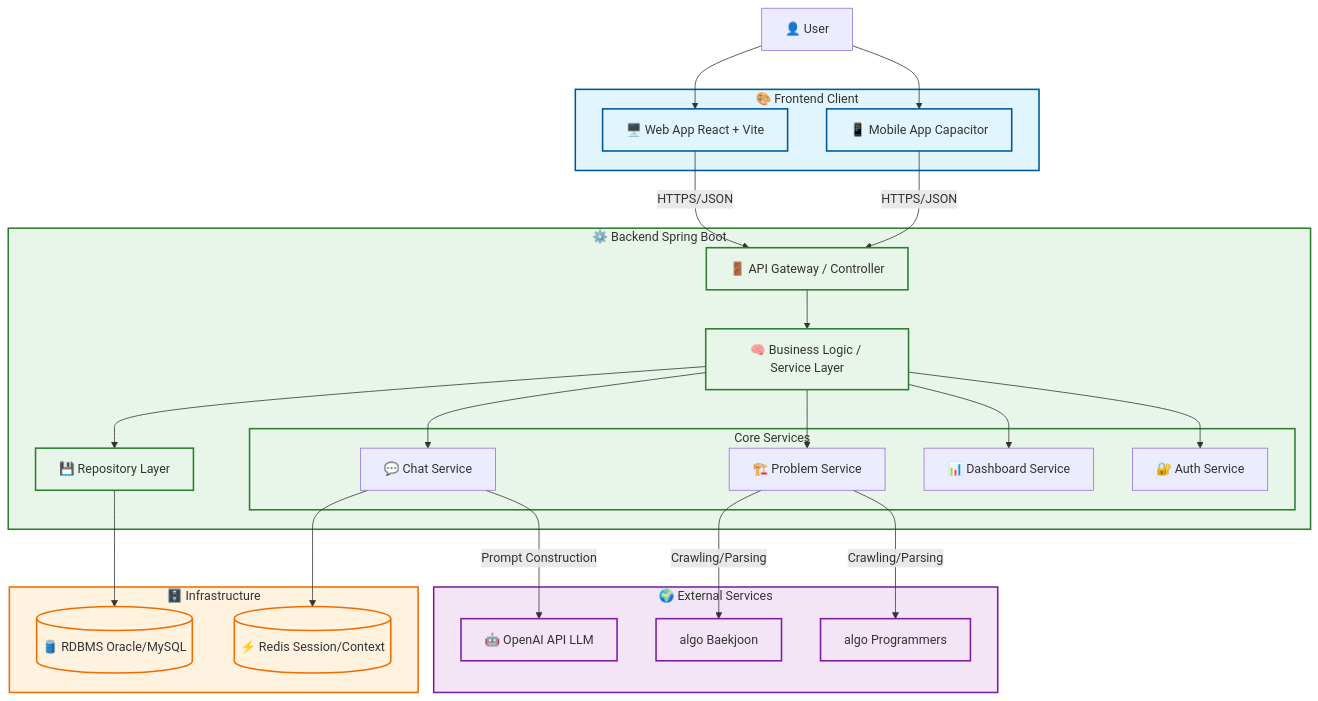
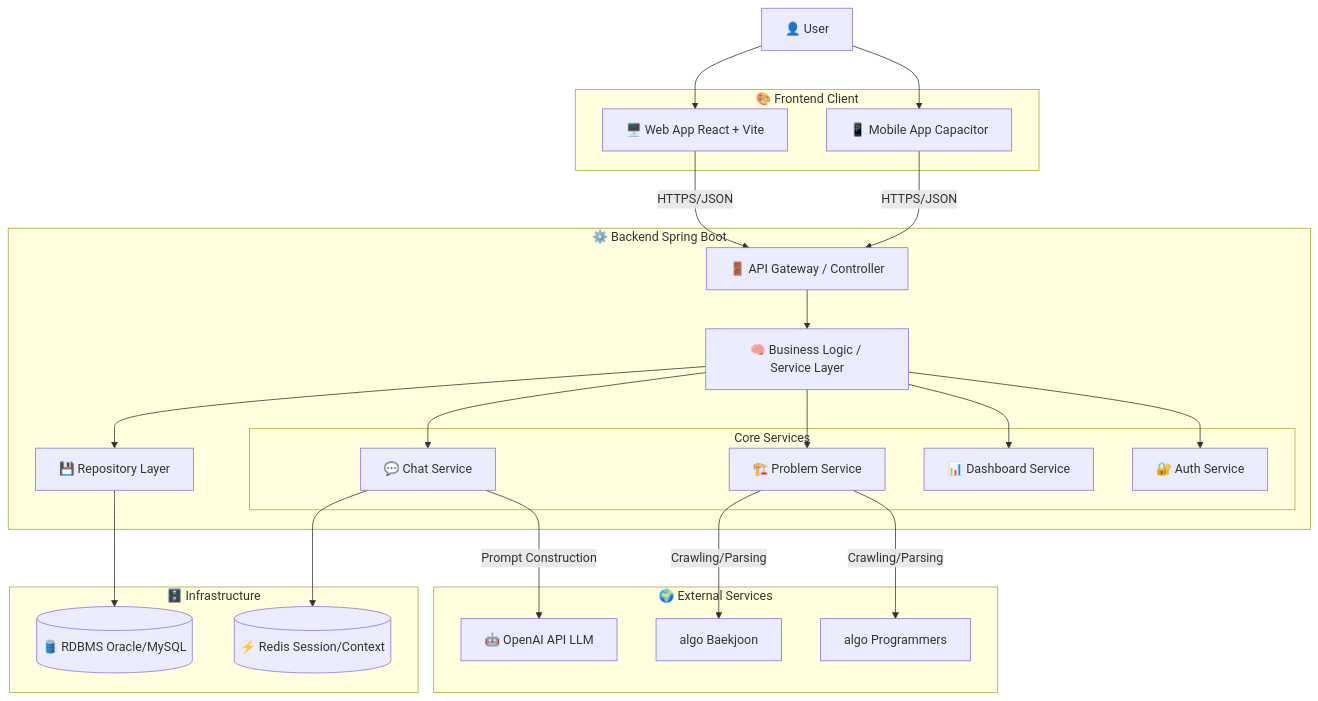
Before and after one commit to HurDong/CodeGenie: the first of 3 diagrams in docs/ARCHITECTURE.md, drawn with Mermaid.

Commit message:
🐛 fix: Remove custom styles to improve diagram visibility
Mermaid 다이어그램의 커스텀 스타일(밝은 배경색)이 다크 모드 등 일부 환경에서 가독성을 해치는 문제를 해결했습니다.
- `classDef`, `class` 등 강제 스타일링 제거
- Viewer의 기본 테마를 따르도록 수정하여 가독성 확보

````diff
--- a/docs/ARCHITECTURE.md
+++ b/docs/ARCHITECTURE.md
@@ -9,66 +9,55 @@
 ```mermaid
 graph TD
     %% Nodes
     User[👤 User]
     
     subgraph Client [🎨 Frontend Client]
         Web[🖥️ Web App React + Vite]
         Mobile[📱 Mobile App Capacitor]
     end
     
     subgraph Server [⚙️ Backend Spring Boot]
         API[🚪 API Gateway / Controller]
         Service[🧠 Business Logic / Service Layer]
         
         subgraph Core_Services [Core Services]
             ChatSvc[💬 Chat Service]
             ProbSvc[🏗️ Problem Service]
             DashboardSvc[📊 Dashboard Service]
             AuthSvc[🔐 Auth Service]
         end
         
         Repo[💾 Repository Layer]
     end
     
     subgraph Infrastructure [🗄️ Infrastructure]
         DB[(🛢️ RDBMS Oracle/MySQL)]
         Redis[(⚡ Redis Session/Context)]
     end
     
     subgraph External [🌍 External Services]
         OpenAI[🤖 OpenAI API LLM]
         Baekjoon[algo Baekjoon]
         Programmers[algo Programmers]
     end
 
     %% Edge connections
     User --> Web
     User --> Mobile
     Web -- HTTPS/JSON --> API
     Mobile -- HTTPS/JSON --> API
     
     API --> Service
     
     Service --> ChatSvc
     Service --> ProbSvc
     Service --> DashboardSvc
     Service --> AuthSvc
     
     ChatSvc -- Prompt Construction --> OpenAI
     ProbSvc -- Crawling/Parsing --> Baekjoon
     ProbSvc -- Crawling/Parsing --> Programmers
     
     ChatSvc --> Redis
     Service --> Repo --> DB
-    
-    %% Styling
-    classDef client fill:#e1f5fe,stroke:#01579b,stroke-width:2px;
-    classDef server fill:#e8f5e9,stroke:#2e7d32,stroke-width:2px;
-    classDef infra fill:#fff3e0,stroke:#ef6c00,stroke-width:2px;
-    classDef ext fill:#f3e5f5,stroke:#7b1fa2,stroke-width:2px;
-    
-    class Client,Web,Mobile client;
-    class Server,API,Service,Core_Services,Repo server;
-    class Infrastructure,DB,Redis infra;
-    class External,OpenAI,Baekjoon,Programmers ext;
 ```
````
